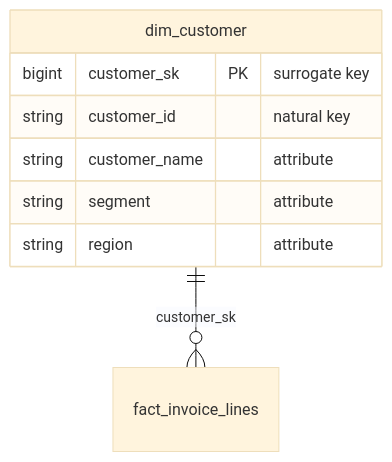
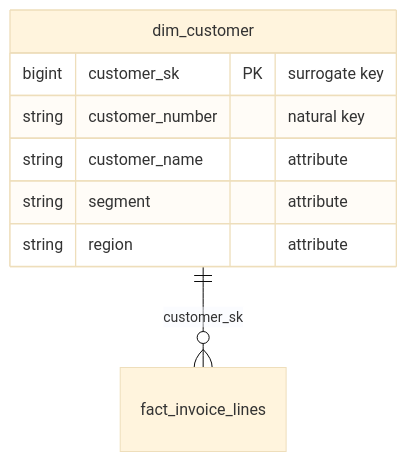
One commit to dyvenia/dim-modelling-docs changed the diagram in src/concepts/dimension.md. Above: the diagram before and after it, drawn with Mermaid (base theme). The commit also changed other lines of this file and 4 other files, not shown here.

Commit message:
🎨 Align customer natural key to `customer_number`

````diff
--- a/src/concepts/dimension.md
+++ b/src/concepts/dimension.md
@@ -27,11 +27,11 @@
 ```mermaid
 erDiagram
     dim_customer ||--o{ fact_invoice_lines : "customer_sk"
     dim_customer {
         bigint customer_sk PK "surrogate key"
-        string customer_id "natural key"
+        string customer_number "natural key"
         string customer_name "attribute"
         string segment "attribute"
         string region "attribute"
     }
 ```
````
